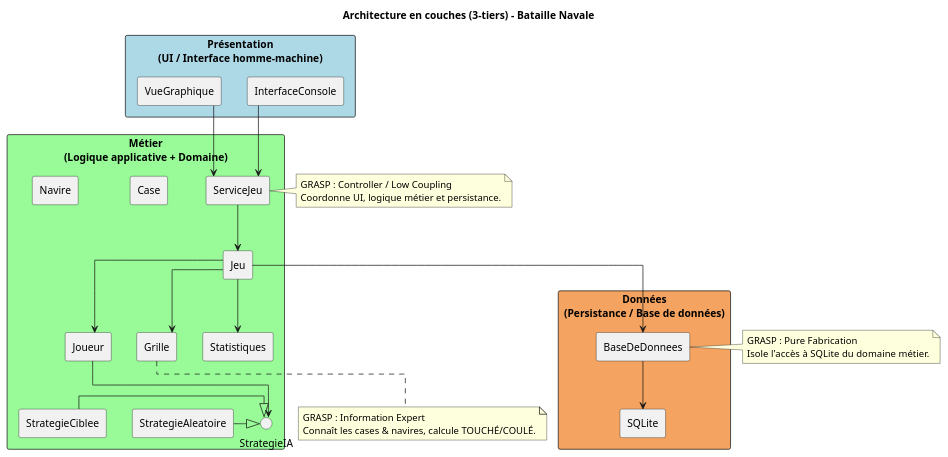
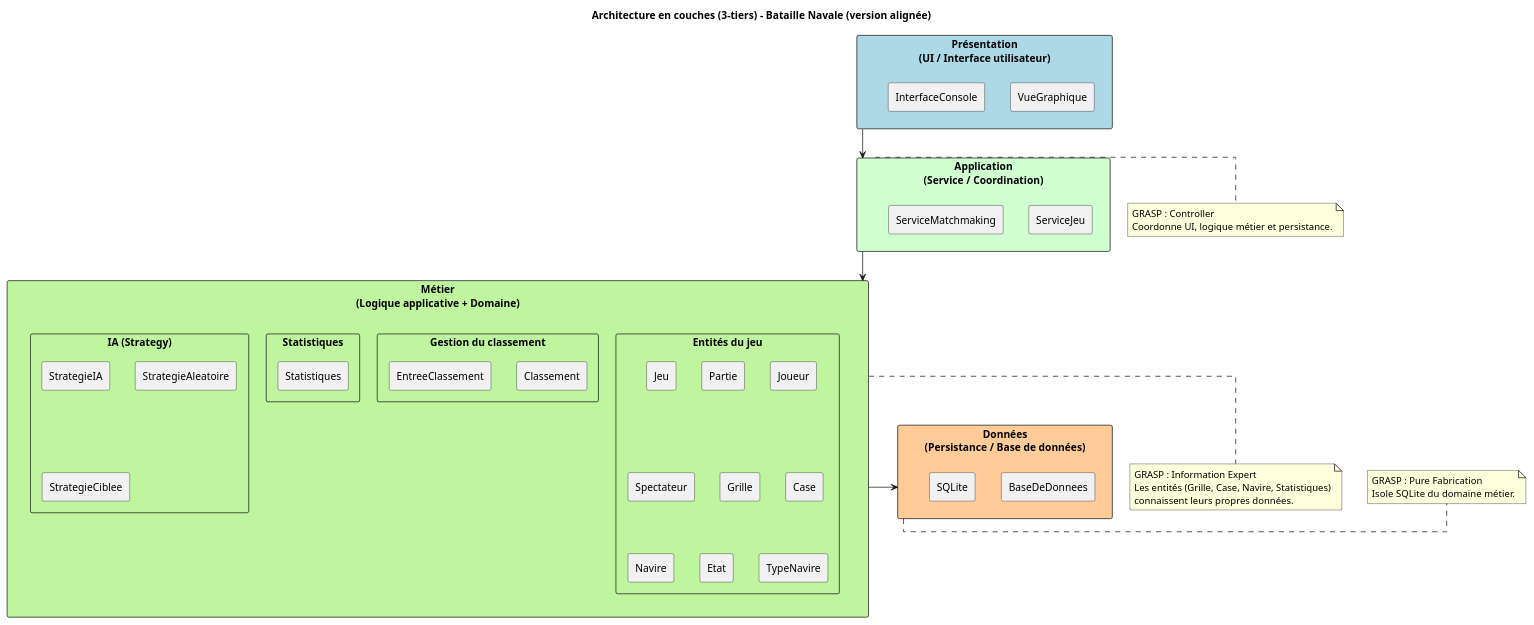
The diagram in _models/architecture_diagram.puml (Al5uke/equipe9-inf5153-bataille-navale), drawn with PlantUML before and after one commit.

Commit message:
Modifie le diagramme architecturale pour l'amélioration et la représentation des couches

```diff
--- a/_models/architecture_diagram.puml
+++ b/_models/architecture_diagram.puml
@@ -1,77 +1,86 @@
 @startuml
-title Architecture en couches (3-tiers) – Bataille Navale
+title Architecture en couches (3-tiers) - Bataille Navale (version alignée)
 
-skinparam componentStyle rectangle
-skinparam packageStyle rectangle
+skinparam shadowing false
 skinparam linetype ortho
+skinparam rectangleStyle round
 
-' ==========================
-' COUCHE 1 : PRÉSENTATION
-' ==========================
-package "Présentation\n(UI / Interface homme-machine)" #ADD8E6 {
-  [InterfaceConsole]
-  [VueGraphique]
+' ================================
+' ======= COUCHE PRESENTATION =====
+' ================================
+rectangle "Présentation\n(UI / Interface utilisateur)" as UI #ADD8E6 {
+  rectangle VueGraphique
+  rectangle InterfaceConsole
 }
 
-' ==========================
-' COUCHE 2 : MÉTIER
-' (logique applicative + domaine)
-' ==========================
-package "Métier\n(Logique applicative + Domaine)" #98FB98 {
-  [ServiceJeu]
-
-  [Jeu]
-  [Joueur]
-  [Grille]
-  [Case]
-  [Navire]
-  [Statistiques]
-
-  interface StrategieIA
-  [StrategieAleatoire]
-  [StrategieCiblee]
-
-  StrategieAleatoire -|> StrategieIA
-  StrategieCiblee -|> StrategieIA
+' ================================
+' ======= COUCHE APPLICATION =====
+' ================================
+rectangle "Application\n(Service / Coordination)" as APP #D0FFD0 {
+  rectangle ServiceJeu
+  rectangle ServiceMatchmaking
 }
 
-' ==========================
-' COUCHE 3 : DONNÉES
-' ==========================
-package "Données\n(Persistance / Base de données)" #F4A460 {
-  [BaseDeDonnees]
-  [SQLite]
+' ================================
+' ======= COUCHE METIER ===========
+' ================================
+rectangle "Métier\n(Logique applicative + Domaine)" as METIER #C0F5A0 {
+  
+  rectangle "Entités du jeu" as ENT {
+    rectangle Jeu
+    rectangle Partie
+    rectangle Joueur
+    rectangle Spectateur
+    rectangle Grille
+    rectangle Case
+    rectangle Navire
+    rectangle Etat
+    rectangle TypeNavire
+  }
+
+  rectangle "Gestion du classement" as CL {
+    rectangle Classement
+    rectangle EntreeClassement
+  }
+
+  rectangle "Statistiques" as STAT {
+    rectangle Statistiques
+  }
+
+  rectangle "IA (Strategy)" as IA {
+    rectangle StrategieIA
+    rectangle StrategieAleatoire
+    rectangle StrategieCiblee
+  }
 }
 
-' ===== DÉPENDANCES ENTRE COUCHES (HAUT -> BAS) =====
+' ================================
+' ======= COUCHE DONNEES =========
+' ================================
+rectangle "Données\n(Persistance / Base de données)" as DATA #FFCC99 {
+  rectangle BaseDeDonnees
+  rectangle SQLite
+}
 
-[InterfaceConsole] --> [ServiceJeu]
-[VueGraphique] --> [ServiceJeu]
+' ===== Liens entre couches ======
+UI --> APP
+APP --> METIER
+METIER --> DATA
 
-[ServiceJeu] --> [Jeu]
-[Jeu] --> [Joueur]
-[Jeu] --> [Grille]
-[Jeu] --> [Statistiques]
-
-[Joueur] --> StrategieIA
-
-[Jeu] --> [BaseDeDonnees]
-[BaseDeDonnees] --> [SQLite]
-
-' ===== NOTES (optionnelles pour GRASP) =====
-note right of [ServiceJeu]
-GRASP : Controller / Low Coupling
+note right of APP
+GRASP : Controller
 Coordonne UI, logique métier et persistance.
 end note
 
-note bottom of [Grille]
+note bottom of METIER
 GRASP : Information Expert
-Connaît les cases & navires, calcule TOUCHÉ/COULÉ.
+Les entités (Grille, Case, Navire, Statistiques)
+connaissent leurs propres données.
 end note
 
-note right of [BaseDeDonnees]
+note right of DATA
 GRASP : Pure Fabrication
-Isole l'accès à SQLite du domaine métier.
+Isole SQLite du domaine métier.
 end note
 
 @enduml
```
